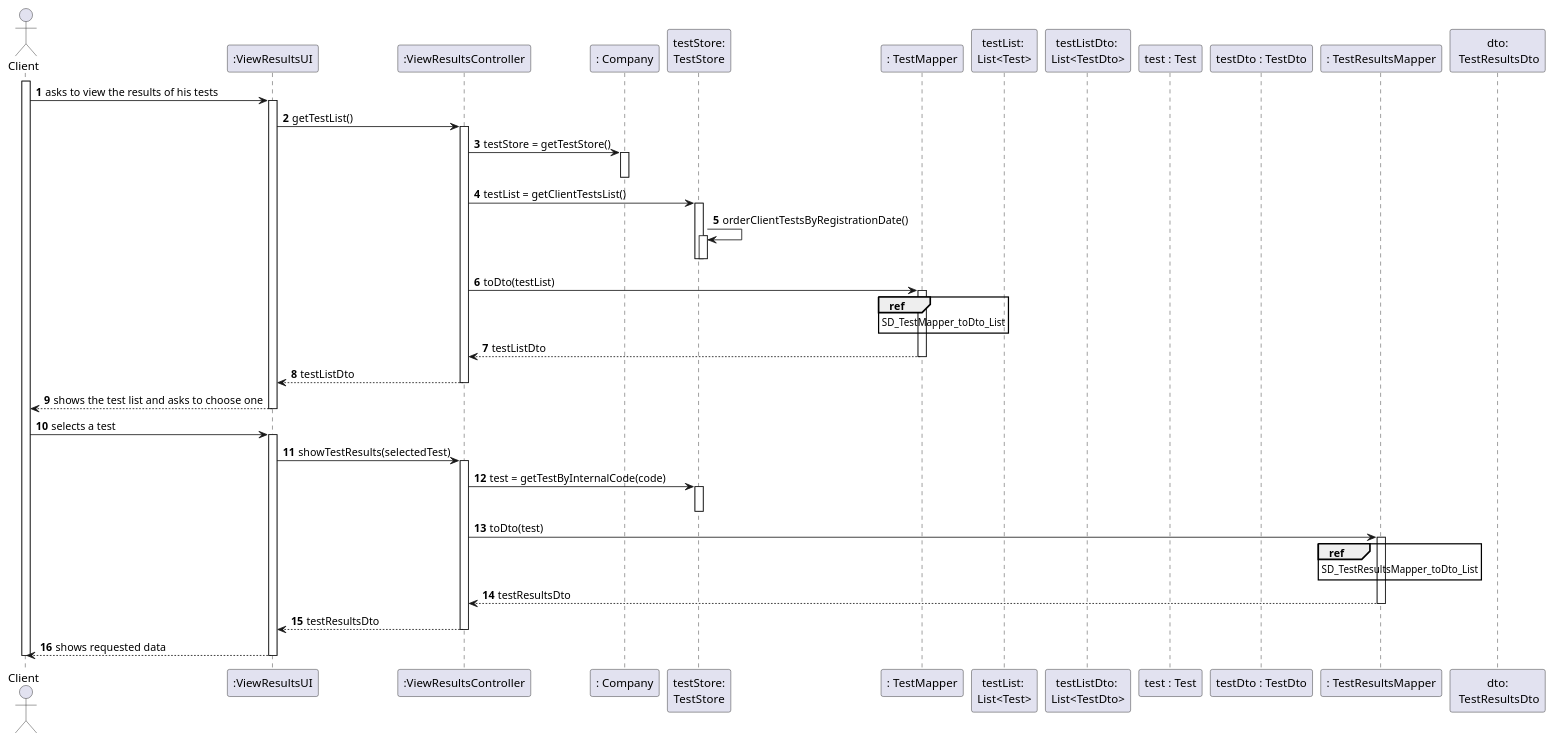
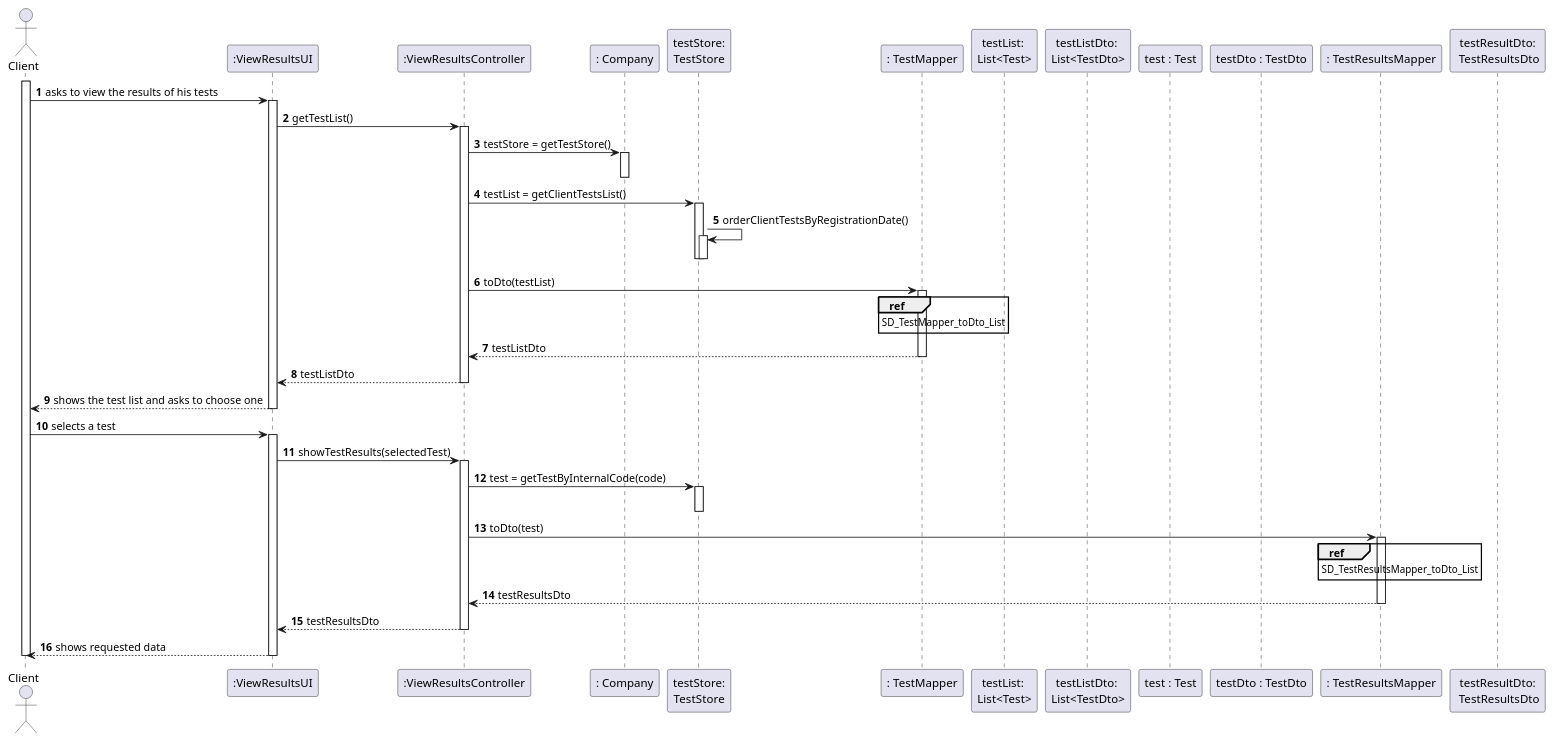
The diagram in docs/SprintD/US01/US1_SD.puml (manu-07-ela/LAPR2_ISEP), drawn with PlantUML before and after one commit. The commit also changed 102 other files, not shown here.

```diff
--- a/docs/SprintD/US01/US1_SD.puml
+++ b/docs/SprintD/US01/US1_SD.puml
@@ -1,69 +1,69 @@
 @startuml
 autonumber
 'hide footbox
 actor "Client" as CL
 
 participant ":ViewResultsUI" as UI
 participant ":ViewResultsController" as CTRL
 participant ": Company" as Comp
 participant "testStore:\nTestStore" as TS
 participant ": TestMapper" as tMAPPER
 participant "testList: \nList<Test>" as LTestSA
 participant "testListDto: \nList<TestDto>" as LTestSADTO
 participant "test : Test" as TEST
 participant "testDto : TestDto" as TESTDTO
 participant ": TestResultsMapper" as trMAPPER
-participant "dto:\n TestResultsDto" as TRDto
+participant "testResultDto:\n TestResultsDto" as TRDto
 
 activate CL
 CL -> UI : asks to view the results of his tests
 activate UI
 
 
 UI -> CTRL : getTestList()
 activate CTRL
 CTRL -> Comp : testStore = getTestStore()
 activate Comp
 deactivate Comp
 CTRL -> TS : testList = getClientTestsList()
 activate TS
 TS -> TS : orderClientTestsByRegistrationDate()
 activate TS
 deactivate TS
 deactivate TS
 CTRL -> tMAPPER : toDto(testList)
 activate tMAPPER
 ref over tMAPPER
 SD_TestMapper_toDto_List
 end ref
 tMAPPER --> CTRL : testListDto
 deactivate tMAPPER
 CTRL --> UI : testListDto
 deactivate CTRL
 
 UI --> CL : shows the test list and asks to choose one
 deactivate UI
 
 CL -> UI : selects a test
 activate UI
 UI -> CTRL : showTestResults(selectedTest)
 activate CTRL
 CTRL -> TS : test = getTestByInternalCode(code)
 activate TS
 deactivate TS
 CTRL -> trMAPPER : toDto(test)
 activate trMAPPER
 ref over trMAPPER
 SD_TestResultsMapper_toDto_List
 end ref
 trMAPPER --> CTRL : testResultsDto
 deactivate trMAPPER
 CTRL --> UI : testResultsDto
 deactivate CTRL
 deactivate CTRL
 UI --> CL : shows requested data
 deactivate UI
 deactivate UI
 deactivate CL
 
 @enduml
```
